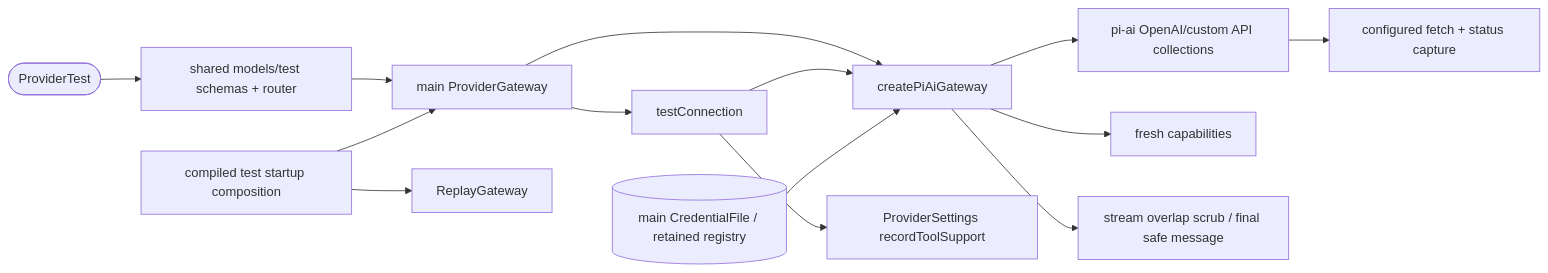
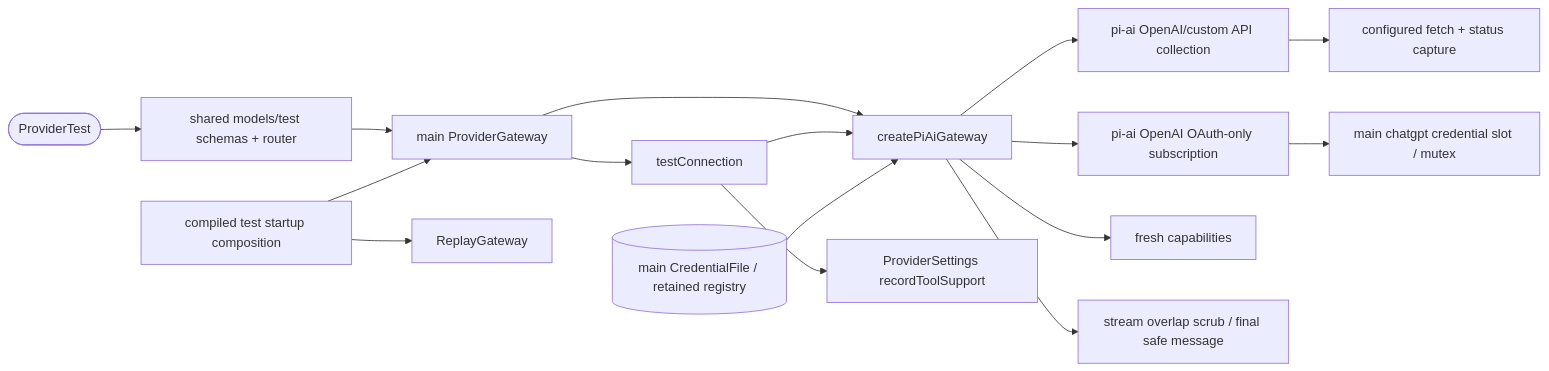
The diagram in .agentic/knowledge/llm-gateway.md (DDP-Engineering/2026_Virtual_Embedded_Rig_Assistant), drawn with Mermaid before and after one commit. The commit also changed other lines of this file and 54 other files, not shown here.

````diff
--- a/.agentic/knowledge/llm-gateway.md
+++ b/.agentic/knowledge/llm-gateway.md
@@ -53,16 +56,18 @@
 ```mermaid
 flowchart LR
  UI([ProviderTest]) --> IPC[shared models/test schemas + router]
  IPC --> Host[main ProviderGateway]
  Host --> Test[testConnection]
  Host --> GW[createPiAiGateway]
  Test --> GW
- GW --> API[pi-ai OpenAI/custom API collections]
+ GW --> API[pi-ai OpenAI/custom API collection]
+ GW --> Subscription[pi-ai OpenAI OAuth-only subscription]
+ Subscription --> ChatgptStore[main chatgpt credential slot / mutex]
  GW --> Budget[fresh capabilities]
  API --> Fetch[configured fetch + status capture]
  Store[(main CredentialFile / retained registry)] --> GW
  GW --> Scrub[stream overlap scrub / final safe message]
  Test --> Persist[ProviderSettings recordToolSupport]
  Startup[compiled test startup composition] --> Replay[ReplayGateway]
  Startup --> Host
 ```
````
